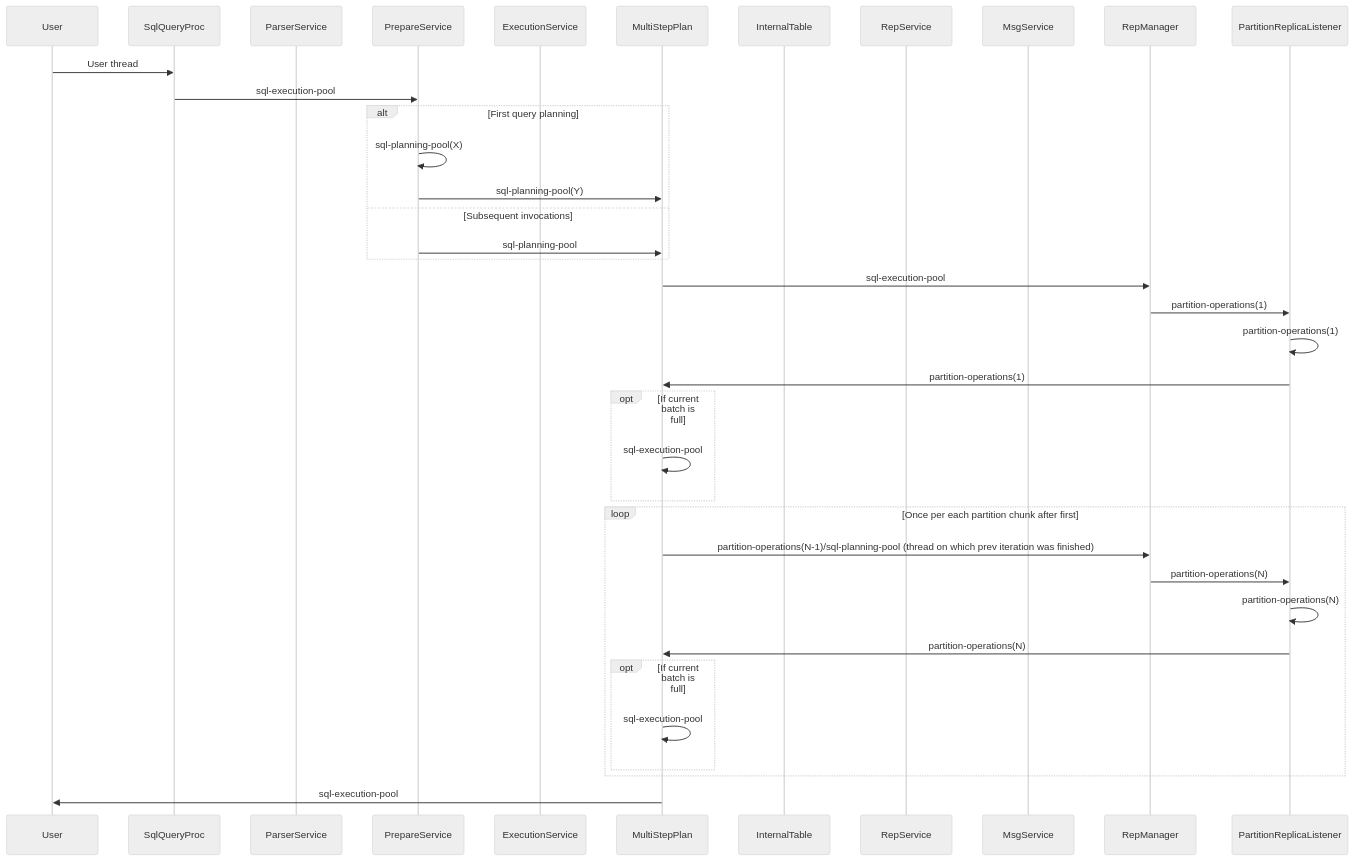
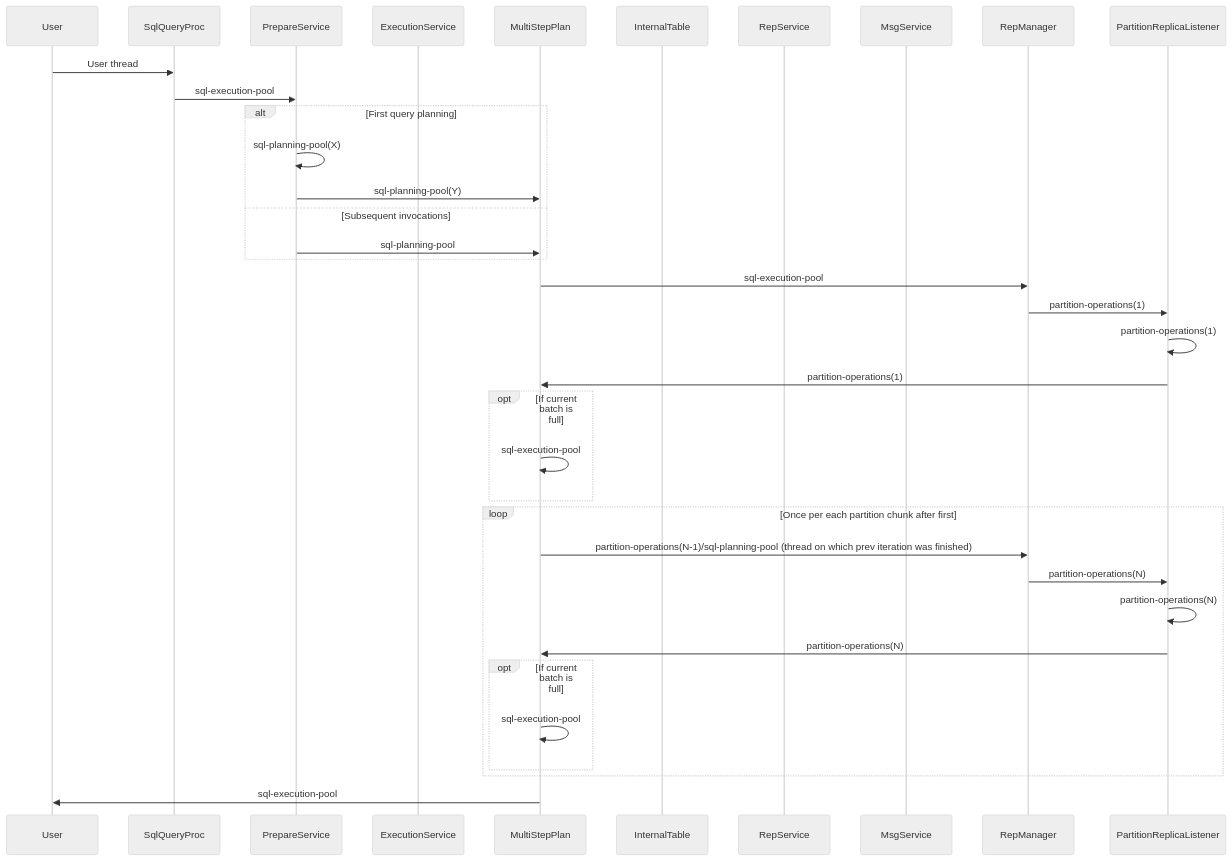
The fourth of 4 diagrams in thread-traces.md (gridgain/apache-ignite-3), drawn with Mermaid (neutral theme) before and after one commit. The commit also changed other lines of this file, not shown here.

````diff
--- a/thread-traces.md
+++ b/thread-traces.md
@@ -86,40 +85,39 @@
 ```mermaid
 sequenceDiagram
 participant User
 participant SQLProc as SqlQueryProc
-participant ParserService
 participant PrepareService
 participant ExecutionService
 participant MultiStepPlan
 participant InternalTable
 participant RepService
 participant MsgService
 participant RepManager
 participant PRL as PartitionReplicaListener
 
 User ->> SQLProc: User thread
 SQLProc ->> PrepareService: sql-execution-pool
 alt First query planning
   PrepareService ->> PrepareService: sql-planning-pool(X)
   PrepareService ->> MultiStepPlan: sql-planning-pool(Y)
 else Subsequent invocations
   PrepareService ->> MultiStepPlan: sql-planning-pool
 end
 MultiStepPlan ->> RepManager: sql-execution-pool
 RepManager ->> PRL: partition-operations(1)
 PRL ->> PRL: partition-operations(1)
 PRL ->> MultiStepPlan: partition-operations(1)
 opt If current batch is full
   MultiStepPlan ->> MultiStepPlan: sql-execution-pool
 end
 loop Once per each partition chunk after first
   MultiStepPlan ->> RepManager: partition-operations(N-1)/sql-planning-pool (thread on which prev iteration was finished)
   RepManager ->> PRL: partition-operations(N)
   PRL ->> PRL: partition-operations(N)
   PRL ->> MultiStepPlan: partition-operations(N)
   opt If current batch is full
     MultiStepPlan ->> MultiStepPlan: sql-execution-pool
   end
 end
 MultiStepPlan ->> User: sql-execution-pool
 ```
````
